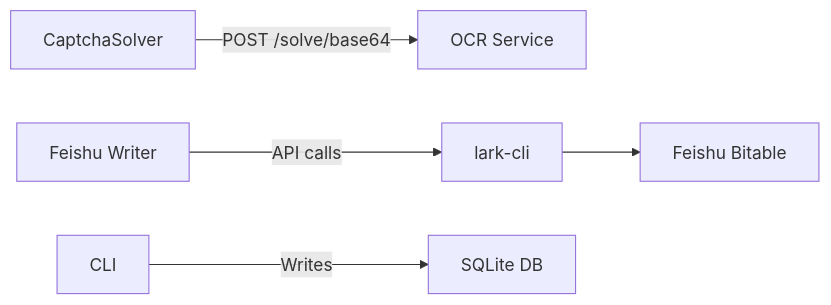
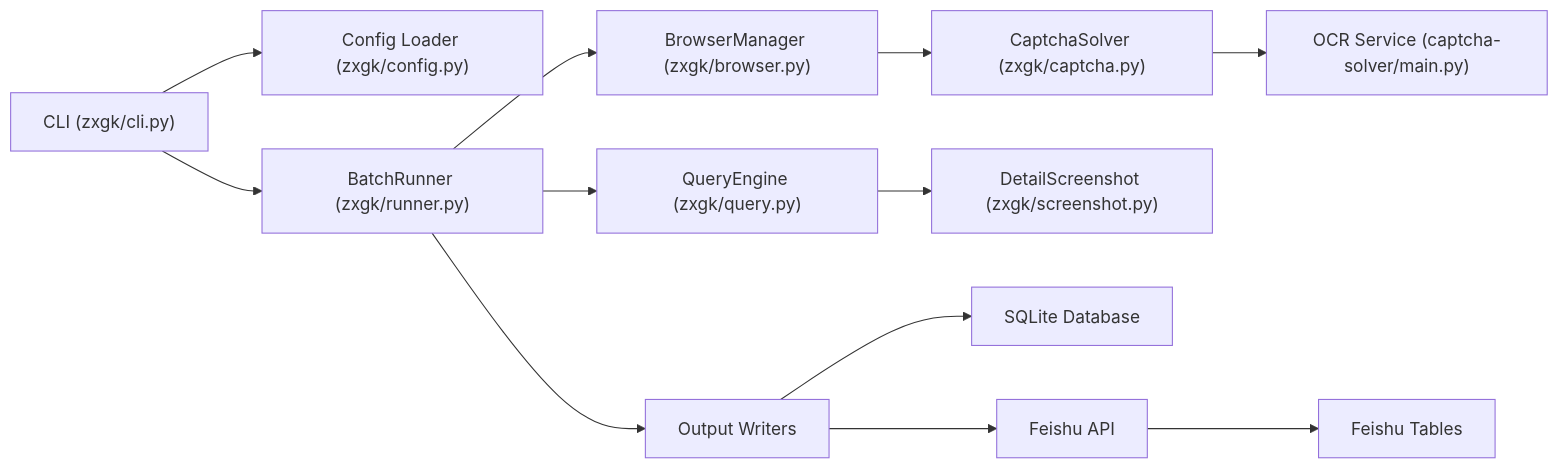
The ninth of 10 diagrams in .qoder/repowiki/en/content/Core Architecture/Core Architecture.md (supotato-ipj/zxgk_auto_query-skill), drawn with Mermaid before and after one commit. The commit also changed other lines of this file and 24 other files, not shown here.

````diff
--- a/.qoder/repowiki/en/content/Core Architecture/Core Architecture.md
+++ b/.qoder/repowiki/en/content/Core Architecture/Core Architecture.md
@@ -374,7 +646,14 @@
 ```mermaid
 graph LR
-CAPT["CaptchaSolver"] --> |POST /solve/base64| OCR["OCR Service"]
-FEISHU["Feishu Writer"] --> |API calls| LARK["lark-cli"]
-LARK --> BITABLE["Feishu Bitable"]
-CLI["CLI"] --> |Writes| SQLITE["SQLite DB"]
+CLI["CLI (zxgk/cli.py)"] --> Config["Config Loader (zxgk/config.py)"]
+CLI --> Runner["BatchRunner (zxgk/runner.py)"]
+Runner --> Browser["BrowserManager (zxgk/browser.py)"]
+Browser --> Captcha["CaptchaSolver (zxgk/captcha.py)"]
+Captcha --> OCR["OCR Service (captcha-solver/main.py)"]
+Runner --> Query["QueryEngine (zxgk/query.py)"]
+Query --> Screenshot["DetailScreenshot (zxgk/screenshot.py)"]
+Runner --> Writers["Output Writers"]
+Writers --> SQLite["SQLite Database"]
+Writers --> FeishuAPI["Feishu API"]
+FeishuAPI --> FeishuTables["Feishu Tables"]
 ```
````
